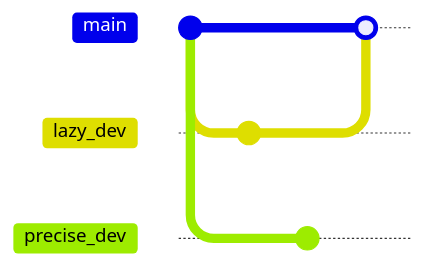
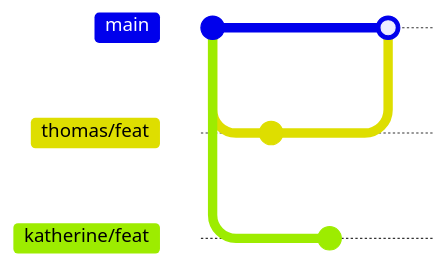
One commit to lizsalmon/iCSC-Git-talk changed diagram 14 of 24 in slides.md. Above: the diagram before and after it, drawn with Mermaid. The commit also changed other lines of this file and 2 other files, not shown here. Commit ids are hidden.

````diff
--- a/slides.md
+++ b/slides.md
@@ -865,12 +882,12 @@
 ```mermaid
 gitGraph
   commit
-  branch lazy_dev
-  branch precise_dev
-  checkout lazy_dev
+  branch thomas/feat
+  branch katherine/feat
+  checkout thomas/feat
   commit
-  checkout precise_dev
+  checkout katherine/feat
   commit
   checkout main 
-  merge lazy_dev
+  merge thomas/feat
 ```
````
